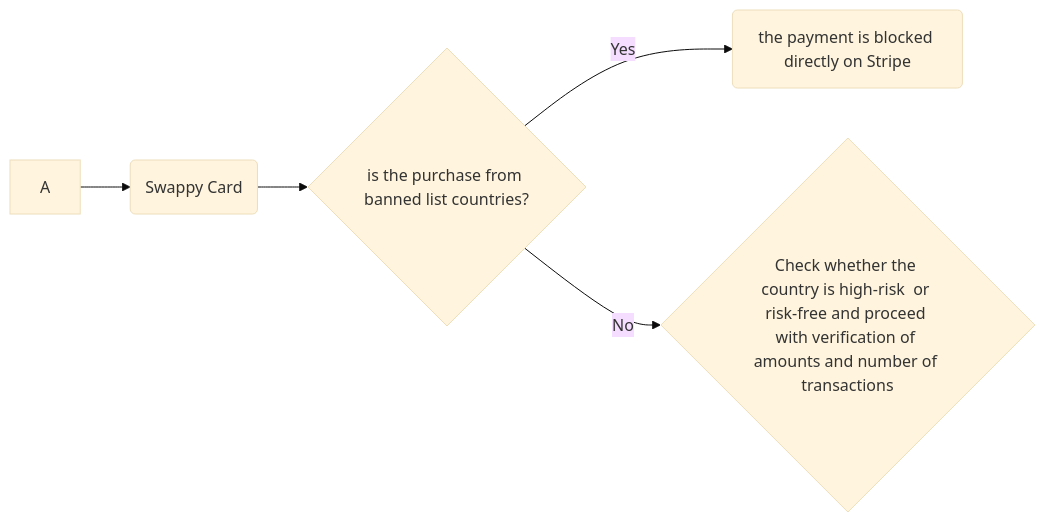
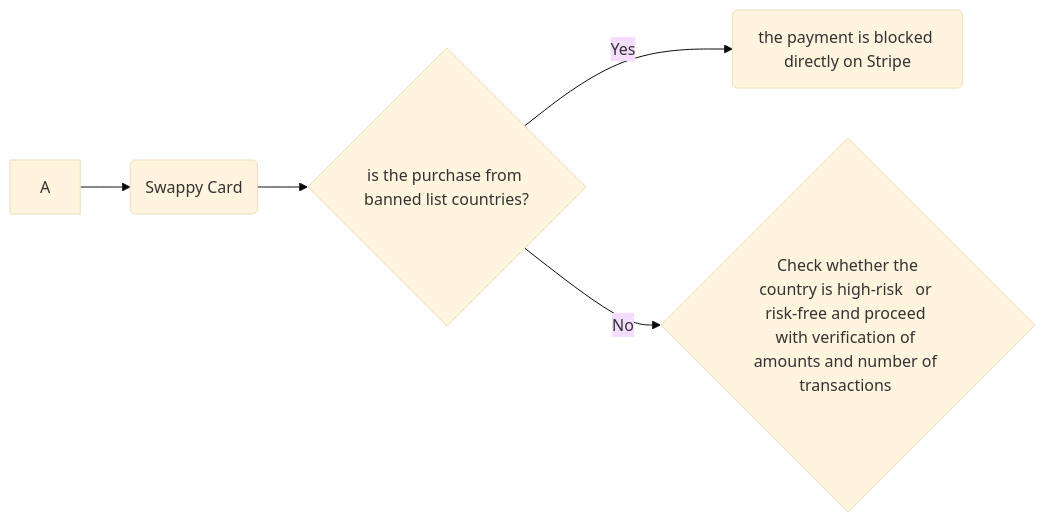
Before and after one commit to ForintFinance/Swappy: the diagram in swappyCard/readme.md, drawn with Mermaid (base theme).

````diff
--- a/swappyCard/readme.md
+++ b/swappyCard/readme.md
@@ -16,7 +16,7 @@
 ```mermaid
 graph LR
 A --> B(Swappy Card)
 B --> C{is the purchase from banned list countries?}
 C -- Yes --> D(the payment is blocked directly on Stripe)
-C -- No --> E{Check whether the country is high-risk </n> or risk-free and proceed with verification of amounts and number of transactions}
+C -- No --> E{<n> Check whether the country is high-risk </n> <n> or risk-free and proceed with verification of amounts and number of transactions </n>}
 ```
````
